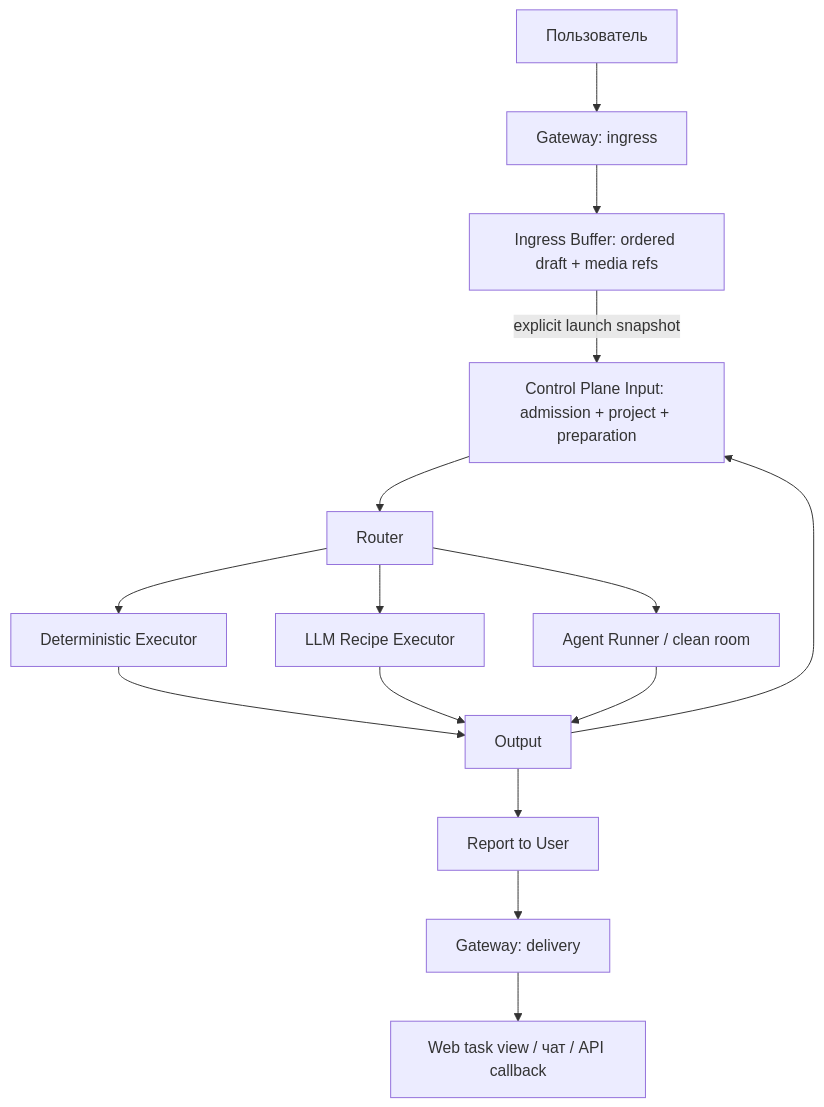
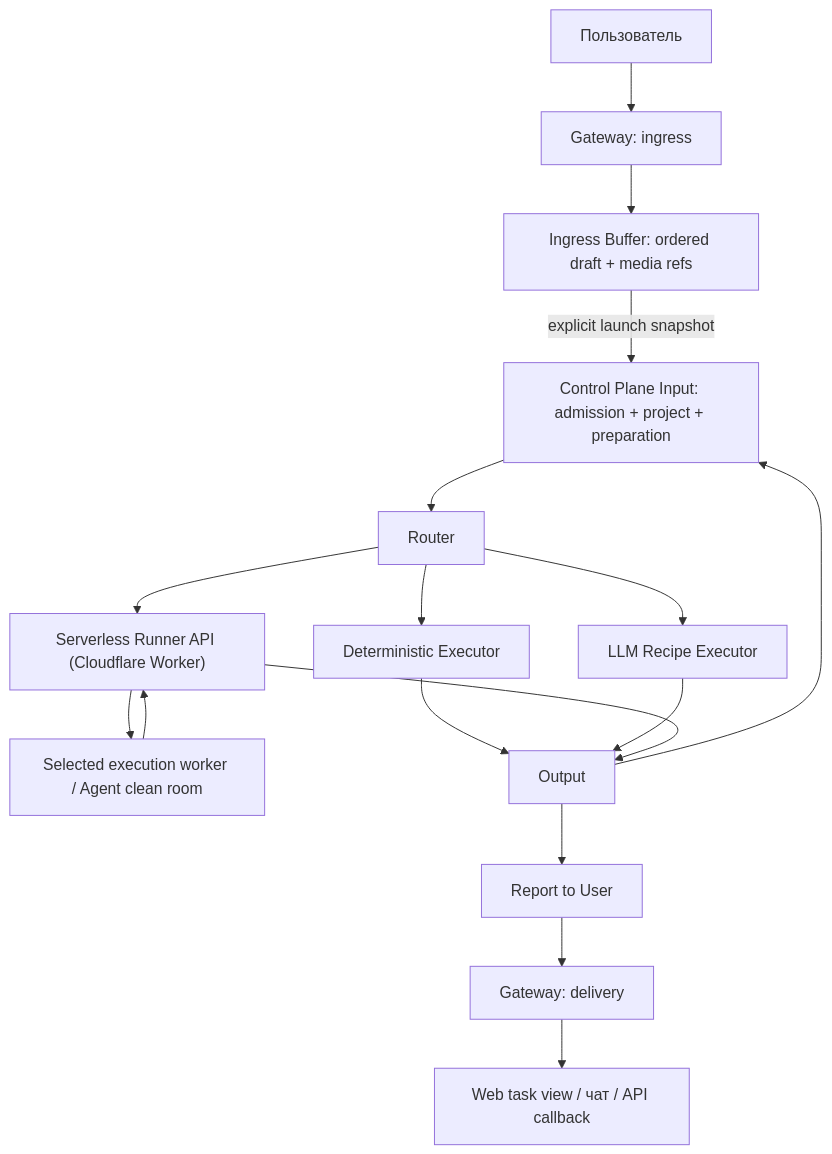
One commit to trained-assist/trained-agent-architecture changed the second of 3 diagrams in ARCHITECTURE.md. Above: the diagram before and after it, drawn with Mermaid. The commit also changed other lines of this file and 15 other files, not shown here.

First line of the commit message:
docs: define serverless Runner API boundary (#238)

````diff
--- a/ARCHITECTURE.md
+++ b/ARCHITECTURE.md
@@ -68,17 +70,19 @@
 ```mermaid
 flowchart TD
   U["Пользователь"] --> GI["Gateway: ingress"]
   GI --> B["Ingress Buffer: ordered draft + media refs"]
   B -->|explicit launch snapshot| I["Control Plane Input: admission + project + preparation"]
   I --> R["Router"]
   R --> D["Deterministic Executor"]
   R --> L["LLM Recipe Executor"]
-  R --> A["Agent Runner / clean room"]
+  R --> RA["Serverless Runner API (Cloudflare Worker)"]
+  RA --> A["Selected execution worker / Agent clean room"]
   D --> O["Output"]
   L --> O
-  A --> O
+  A --> RA
+  RA --> O
   O --> P["Report to User"]
   P --> GO["Gateway: delivery"]
   GO --> V["Web task view / чат / API callback"]
   O --> I
 ```
````
